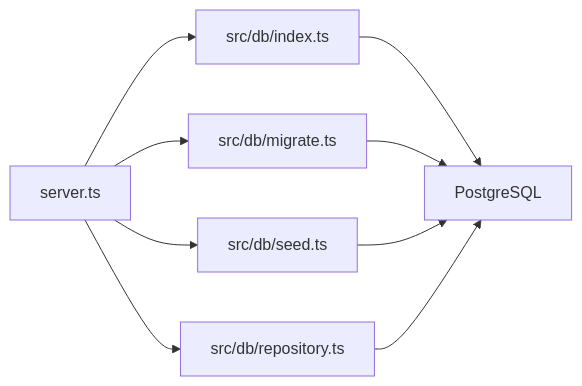
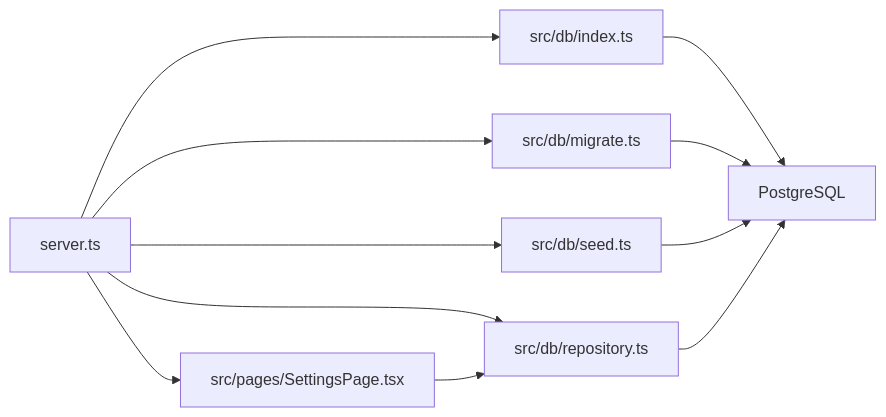
Before and after one commit to djahasiel101600/archivehub: the sixth of 6 diagrams in .qoder/repowiki/en/content/System Architecture/Database Architecture/Migrations and Backup Procedures.md, drawn with Mermaid. The commit also changed other lines of this file and 48 other files, not shown here.

````diff
--- a/.qoder/repowiki/en/content/System Architecture/Database Architecture/Migrations and Backup Procedures.md
+++ b/.qoder/repowiki/en/content/System Architecture/Database Architecture/Migrations and Backup Procedures.md
@@ -224,11 +283,13 @@
 ```mermaid
 graph LR
 Server["server.ts"] --> Index["src/db/index.ts"]
 Server --> Migrate["src/db/migrate.ts"]
 Server --> Seed["src/db/seed.ts"]
 Server --> Repo["src/db/repository.ts"]
+Server --> UI["src/pages/SettingsPage.tsx"]
 Index --> PG["PostgreSQL"]
 Migrate --> PG
 Seed --> PG
 Repo --> PG
+UI --> Repo
 ```
````
